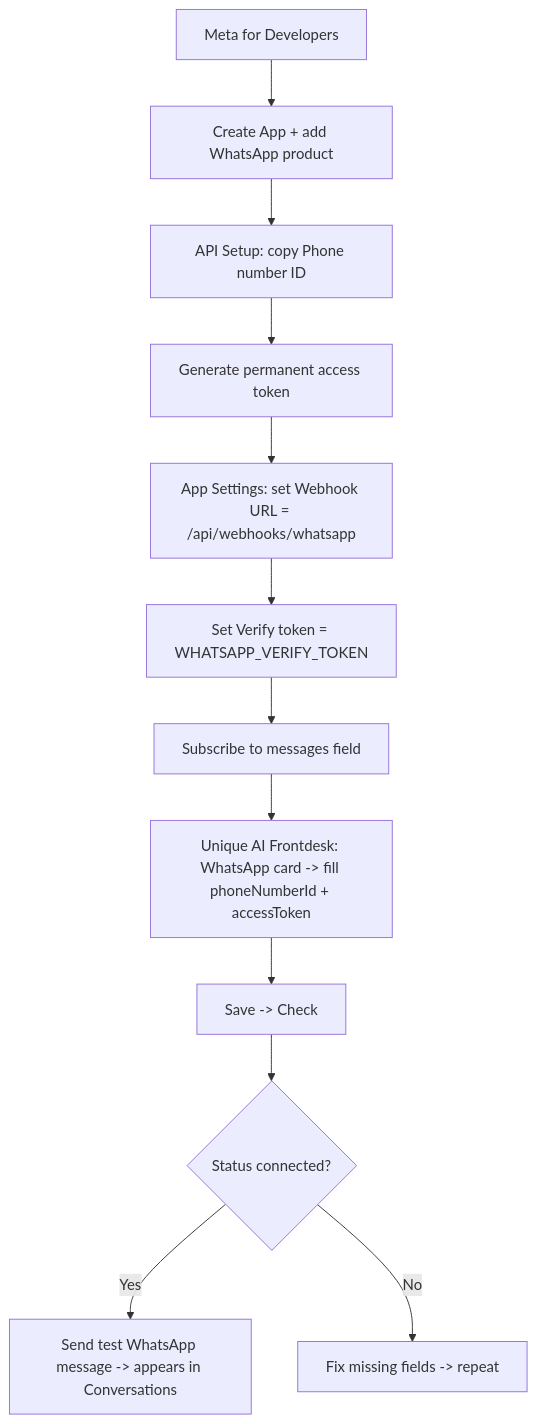
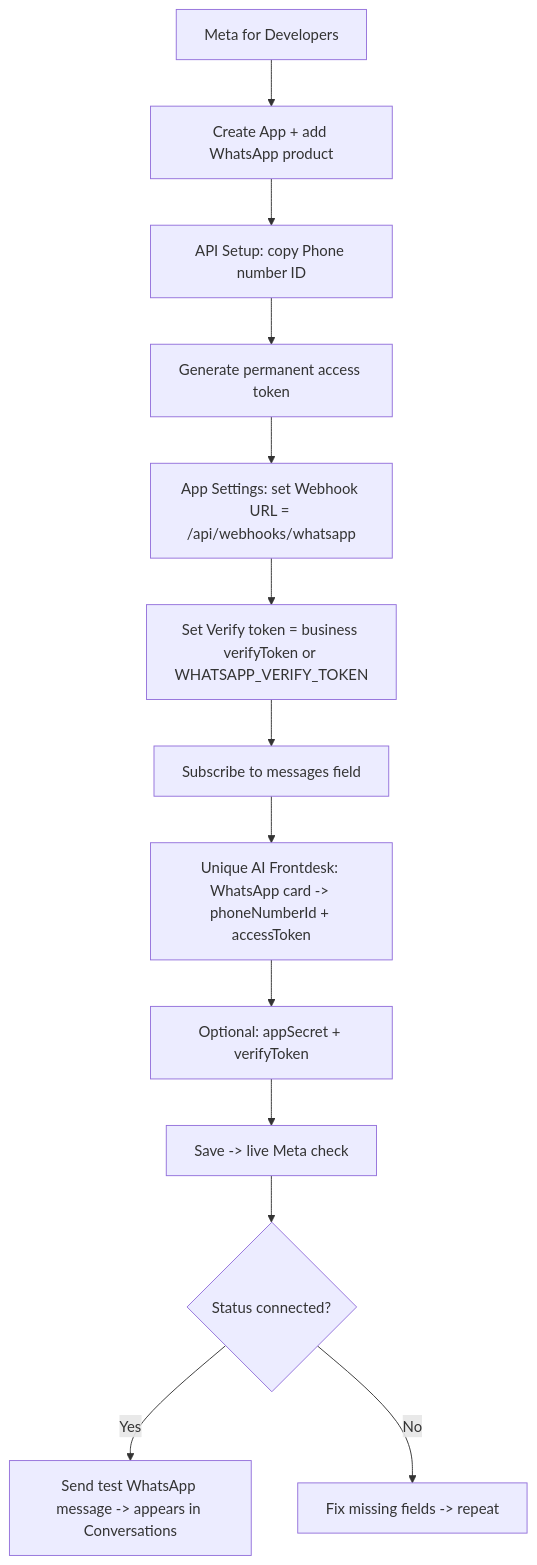
The second of 7 diagrams in docs/CHANNEL-INTEGRATIONS-GUIDE.md (santjangid62/unique-ai-frontdesk), drawn with Mermaid before and after one commit. The commit also changed other lines of this file and 6 other files, not shown here.

Commit message:
feat(whatsapp): verify webhooks with per-tenant app secret and verify token (#23)

````diff
--- a/docs/CHANNEL-INTEGRATIONS-GUIDE.md
+++ b/docs/CHANNEL-INTEGRATIONS-GUIDE.md
@@ -56,14 +60,15 @@
 ```mermaid
 flowchart TD
     A[Meta for Developers] --> B[Create App + add WhatsApp product]
     B --> C[API Setup: copy Phone number ID]
     C --> D[Generate permanent access token]
     D --> E[App Settings: set Webhook URL = /api/webhooks/whatsapp]
-    E --> F[Set Verify token = WHATSAPP_VERIFY_TOKEN]
+    E --> F[Set Verify token = business verifyToken or WHATSAPP_VERIFY_TOKEN]
     F --> G[Subscribe to messages field]
-    G --> H[Unique AI Frontdesk: WhatsApp card -> fill phoneNumberId + accessToken]
-    H --> I[Save -> Check]
+    G --> H[Unique AI Frontdesk: WhatsApp card -> phoneNumberId + accessToken]
+    H --> H2[Optional: appSecret + verifyToken]
+    H2 --> I[Save -> live Meta check]
     I --> J{Status connected?}
     J -- Yes --> K[Send test WhatsApp message -> appears in Conversations]
     J -- No --> L[Fix missing fields -> repeat]
 ```
````
